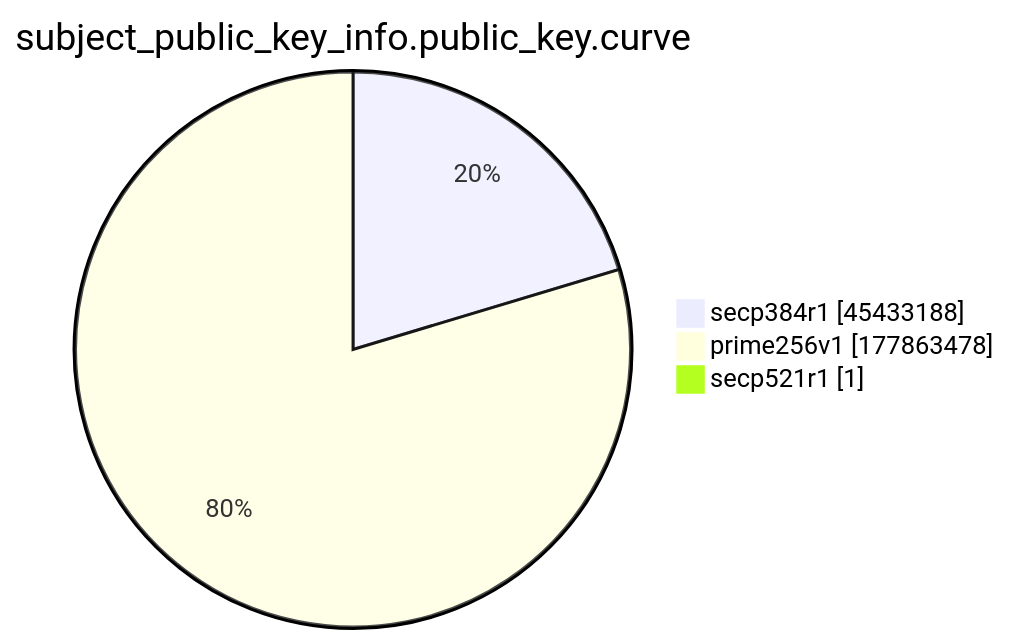
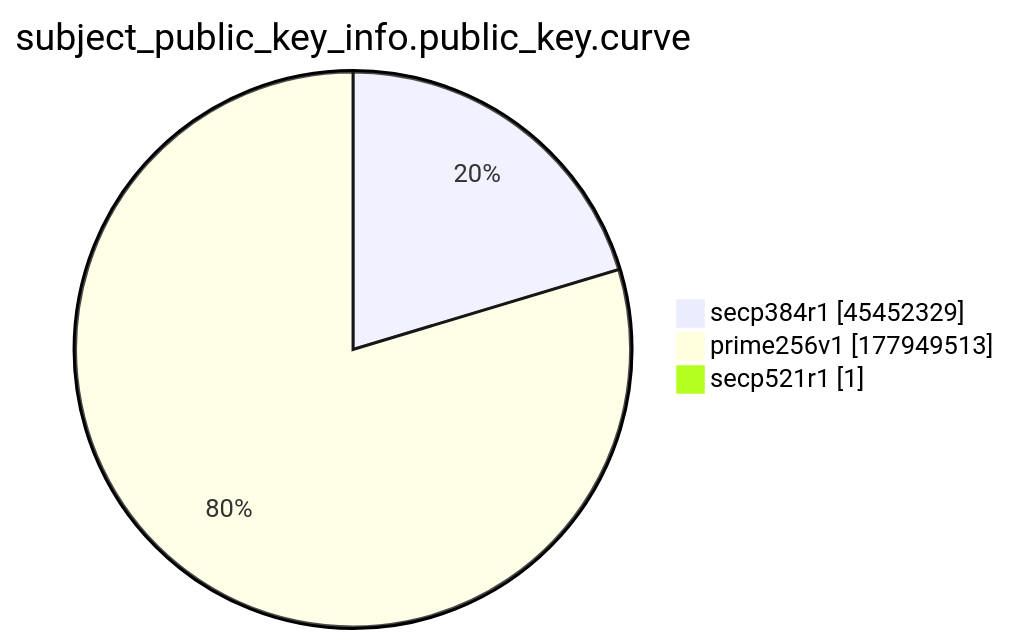
One commit to christiankrug/ctmonitor_visualization changed the ninth of 15 diagrams in xenon2022/README.md. Above: the diagram before and after it, drawn with Mermaid. The commit also changed other lines of this file, not shown here.

````diff
--- a/xenon2022/README.md
+++ b/xenon2022/README.md
@@ -2873,7 +2873,7 @@
 ```mermaid
 pie showData
 title subject_public_key_info.public_key.curve
-"secp384r1" :45433188
-"prime256v1" :177863478
+"secp384r1" :45452329
+"prime256v1" :177949513
 "secp521r1" :1
 ```
````
